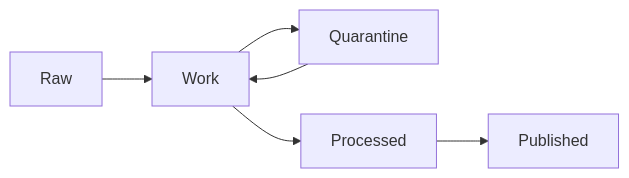
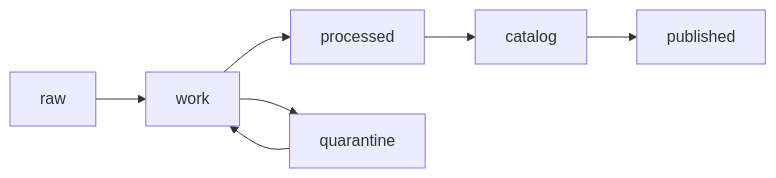
Before and after one commit to bartytime4life/Kansas-Frontier-Matrix: the second of 2 diagrams in docs/data/README.md, drawn with Mermaid. The commit also changed other lines of this file, not shown here.

````diff
--- a/docs/data/README.md
+++ b/docs/data/README.md
@@ -215,14 +161,10 @@
 ```mermaid
 flowchart LR
-  raw[Raw]
-  work[Work]
-  quarantine[Quarantine]
-  processed[Processed]
-  published[Published]
+  raw[raw] --> work[work]
+  work --> processed[processed]
+  processed --> catalog[catalog]
+  catalog --> published[published]
 
-  raw --> work
-  work --> processed
-  processed --> published
-  work --> quarantine
+  work --> quarantine[quarantine]
   quarantine --> work
 ```
````
